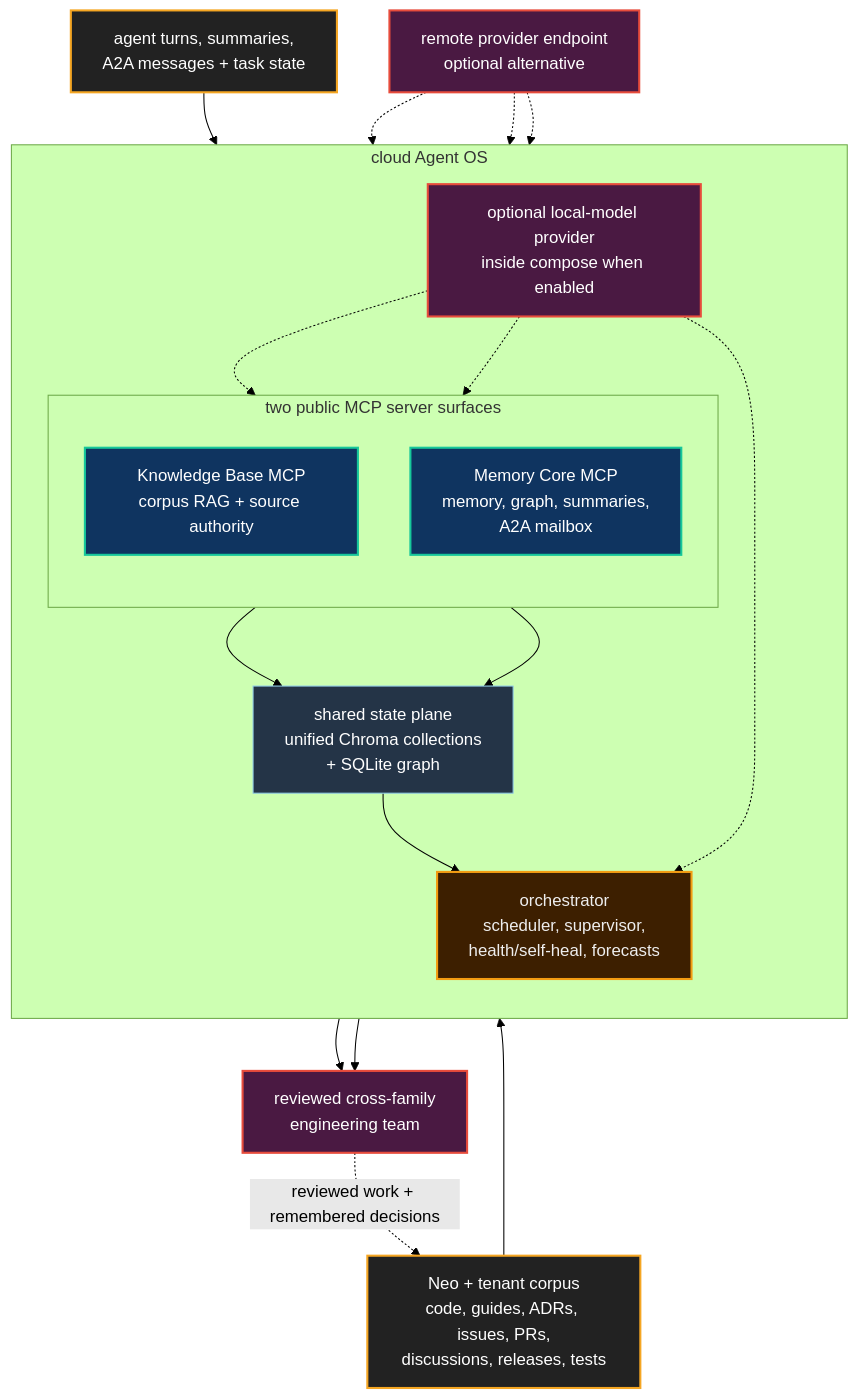
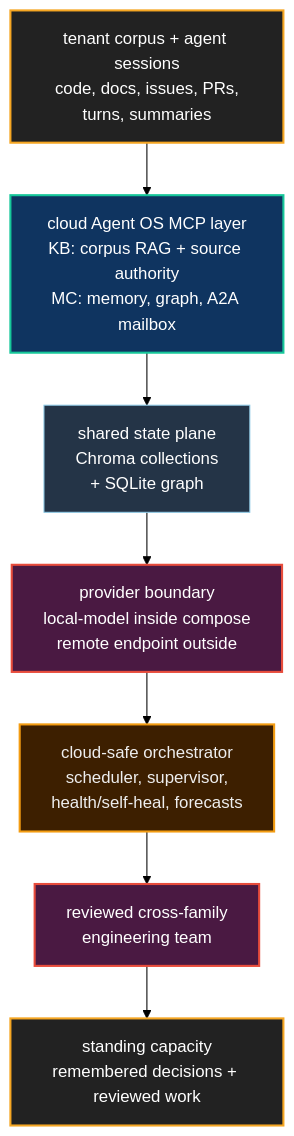
One commit to neomjs/neo changed the first of 2 diagrams in learn/benefits/DeployingTheAgentOS.md. Above: the diagram before and after it, drawn with Mermaid (forest theme). The commit also changed other lines of this file, not shown here.

Commit message:
docs(benefits): render-verify Agent OS diagrams (#14321)

````diff
--- a/learn/benefits/DeployingTheAgentOS.md
+++ b/learn/benefits/DeployingTheAgentOS.md
@@ -22,42 +22,24 @@
 ```mermaid
 flowchart TD
     classDef input fill:#222,stroke:#f5a623,stroke-width:2px,color:#fff
     classDef mcp fill:#0f3460,stroke:#16c79a,stroke-width:2px,color:#fff
     classDef store fill:#243447,stroke:#8ecae6,stroke-width:1px,color:#fff
     classDef control fill:#3d1f00,stroke:#f39c12,stroke-width:2px,color:#eee
     classDef model fill:#4a1942,stroke:#e74c3c,stroke-width:2px,color:#fff
     classDef team fill:#4a1942,stroke:#e74c3c,stroke-width:2px,color:#fff
 
-    Corpus["Neo + tenant corpus<br/>code, guides, ADRs, issues, PRs,<br/>discussions, releases, tests"]:::input
-    Sessions["agent turns, summaries,<br/>A2A messages + task state"]:::input
-    RemoteModel["remote provider endpoint<br/>optional alternative"]:::model
+    Inputs["tenant corpus + agent sessions<br/>code, docs, issues, PRs,<br/>turns, summaries"]:::input
+    PublicMcp["cloud Agent OS MCP layer<br/>KB: corpus RAG + source authority<br/>MC: memory, graph, A2A mailbox"]:::mcp
+    StatePlane["shared state plane<br/>Chroma collections<br/>+ SQLite graph"]:::store
+    Provider["provider boundary<br/>local-model inside compose<br/>remote endpoint outside"]:::model
+    Orchestrator["cloud-safe orchestrator<br/>scheduler, supervisor,<br/>health/self-heal, forecasts"]:::control
+    Team["reviewed cross-family<br/>engineering team"]:::team
+    Outcome["standing capacity<br/>remembered decisions + reviewed work"]:::input
 
-    subgraph Cloud["cloud Agent OS"]
-        direction TB
-        subgraph PublicMcp["two public MCP server surfaces"]
-            direction TB
-            KB["Knowledge Base MCP<br/>corpus RAG + source authority"]:::mcp
-            MC["Memory Core MCP<br/>memory, graph, summaries,<br/>A2A mailbox"]:::mcp
-        end
-        StatePlane["shared state plane<br/>unified Chroma collections<br/>+ SQLite graph"]:::store
-        LocalModel["optional local-model provider<br/>inside compose when enabled"]:::model
-        Orchestrator["orchestrator<br/>scheduler, supervisor,<br/>health/self-heal, forecasts"]:::control
-    end
-
-    Team["reviewed cross-family<br/>engineering team"]:::team
-
-    Corpus --> KB
-    Sessions --> MC
-    KB --> StatePlane
-    MC --> StatePlane
-    StatePlane --> Orchestrator
-    LocalModel -.-> KB
-    LocalModel -.-> MC
-    LocalModel -.-> Orchestrator
-    RemoteModel -.-> KB
-    RemoteModel -.-> MC
-    RemoteModel -.-> Orchestrator
+    Inputs --> PublicMcp
+    PublicMcp --> StatePlane
+    StatePlane --> Provider
+    Provider --> Orchestrator
     Orchestrator --> Team
-    MC --> Team
-    Team -.->|"reviewed work + remembered decisions"| Corpus
+    Team --> Outcome
 ```
````
